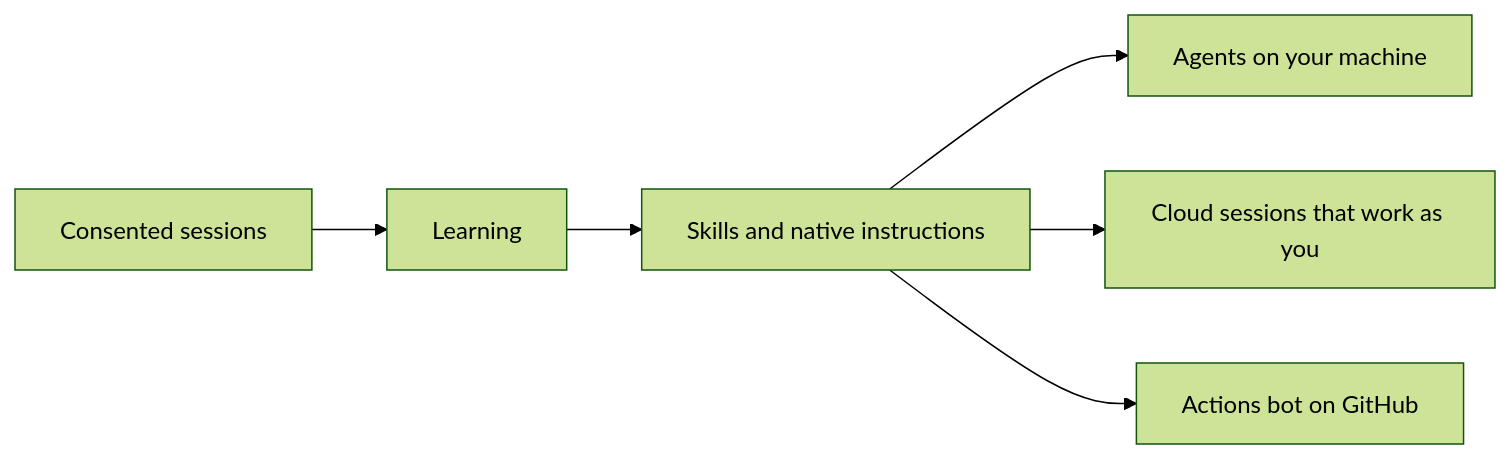
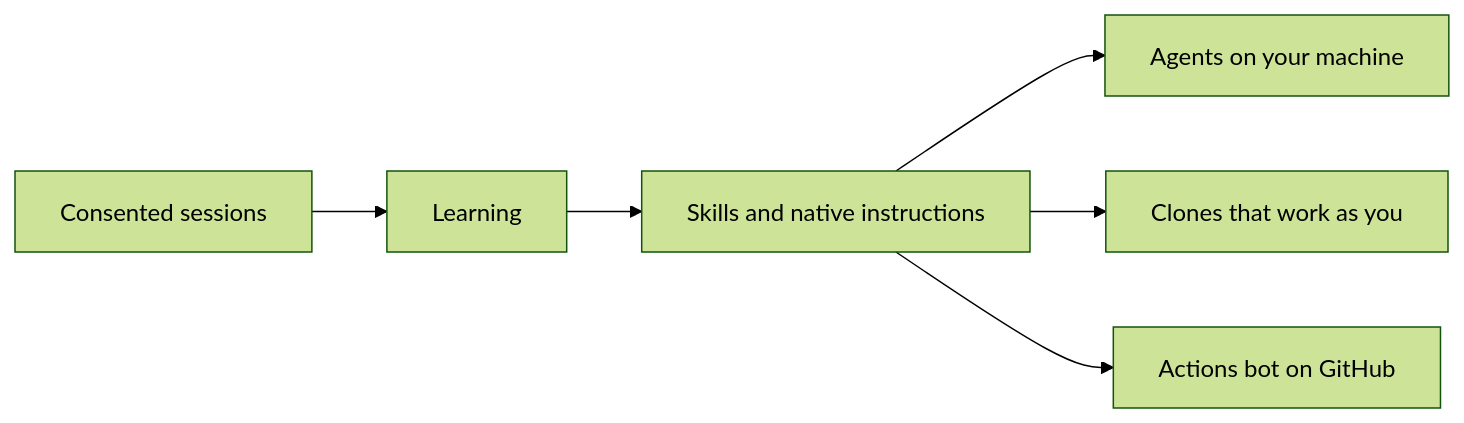
Before and after one commit to theonly1me/shadowclone: the diagram in README.md, drawn with Mermaid (forest theme). The commit also changed other lines of this file and 127 other files, not shown here.

````diff
--- a/README.md
+++ b/README.md
@@ -127,8 +128,8 @@
 ```mermaid
 flowchart LR
   A[Consented sessions] --> B[Learning]
   B --> C[Skills and native instructions]
   C --> D[Agents on your machine]
-  C --> E[Cloud sessions that work as you]
+  C --> E[Clones that work as you]
   C --> F[Actions bot on GitHub]
 ```
````
